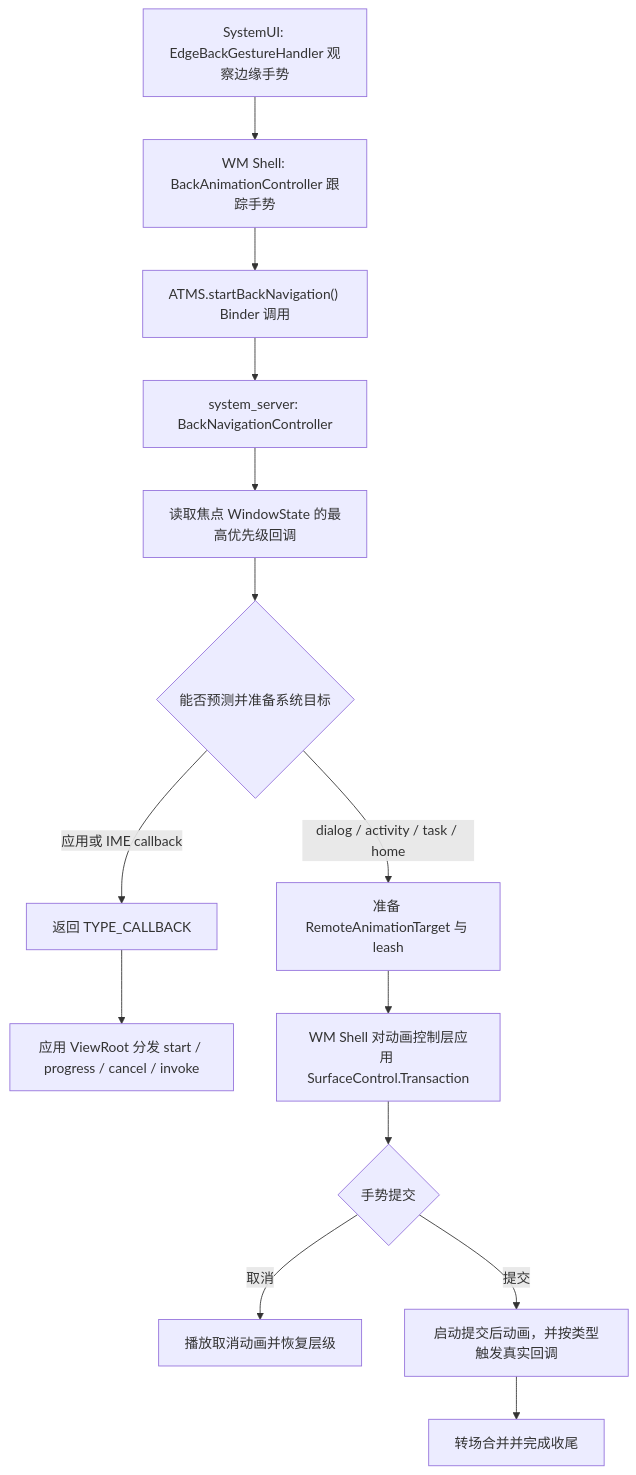
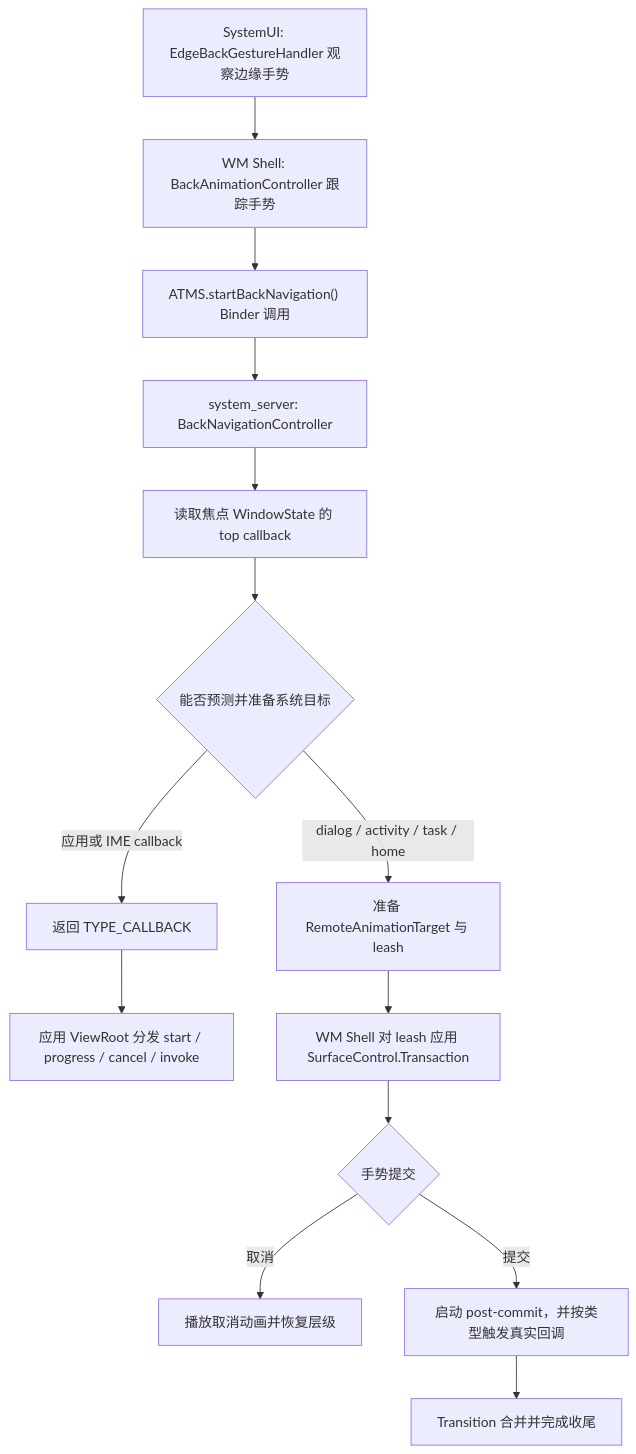
The first of 2 diagrams in src/part1-fundamentals/ch03-input/12-predictive-back-system-architecture.md (Gracker/android-internals-wiki), drawn with Mermaid before and after one commit. The commit also changed other lines of this file and 4 other files, not shown here.

````diff
--- a/src/part1-fundamentals/ch03-input/12-predictive-back-system-architecture.md
+++ b/src/part1-fundamentals/ch03-input/12-predictive-back-system-architecture.md
@@ -80,16 +80,16 @@
 ```mermaid
 flowchart TD
     A["SystemUI: EdgeBackGestureHandler 观察边缘手势"] --> B["WM Shell: BackAnimationController 跟踪手势"]
     B --> C["ATMS.startBackNavigation() Binder 调用"]
     C --> D["system_server: BackNavigationController"]
-    D --> E["读取焦点 WindowState 的最高优先级回调"]
+    D --> E["读取焦点 WindowState 的 top callback"]
     E --> F{"能否预测并准备系统目标"}
     F -->|应用或 IME callback| G["返回 TYPE_CALLBACK"]
     F -->|dialog / activity / task / home| H["准备 RemoteAnimationTarget 与 leash"]
     G --> I["应用 ViewRoot 分发 start / progress / cancel / invoke"]
-    H --> J["WM Shell 对动画控制层应用 SurfaceControl.Transaction"]
+    H --> J["WM Shell 对 leash 应用 SurfaceControl.Transaction"]
     J --> K{"手势提交"}
     K -->|取消| L["播放取消动画并恢复层级"]
-    K -->|提交| M["启动提交后动画，并按类型触发真实回调"]
-    M --> N["转场合并并完成收尾"]
+    K -->|提交| M["启动 post-commit，并按类型触发真实回调"]
+    M --> N["Transition 合并并完成收尾"]
 ```
````
